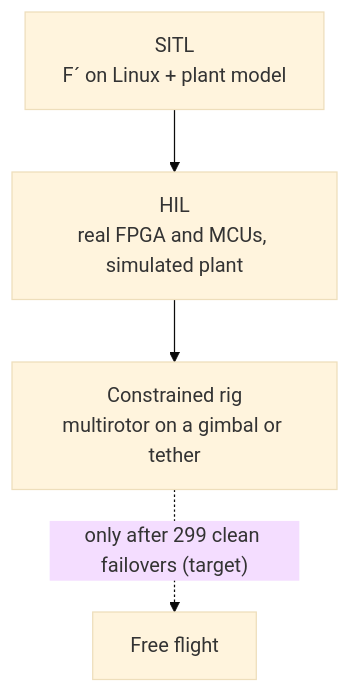
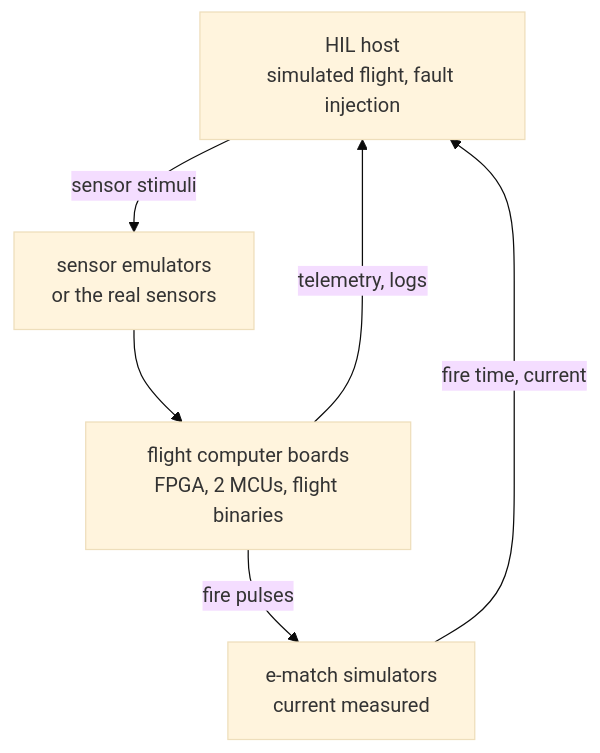
One commit to spaceadler/EAGLE changed the second of 2 diagrams in docs/adr/ADR-01-mission-profile.md. Above: the diagram before and after it, drawn with Mermaid (base theme). The commit also changed other lines of this file and 3 other files, not shown here.

````diff
--- a/docs/adr/ADR-01-mission-profile.md
+++ b/docs/adr/ADR-01-mission-profile.md
@@ -130,6 +185,8 @@
 ```mermaid
 flowchart TB
-    sitl["SITL<br/>F´ on Linux + plant model"] --> hil["HIL<br/>real FPGA and MCUs, simulated plant"]
-    hil --> rig["Constrained rig<br/>multirotor on a gimbal or tether"]
-    rig -.->|"only after 299 clean failovers (target)"| free["Free flight"]
+    host["HIL host<br/>simulated flight, fault injection"] -->|"sensor stimuli"| stim["sensor emulators<br/>or the real sensors"]
+    stim --> fc["flight computer boards<br/>FPGA, 2 MCUs, flight binaries"]
+    fc -->|"fire pulses"| loads["e-match simulators<br/>current measured"]
+    fc -->|"telemetry, logs"| host
+    loads -->|"fire time, current"| host
 ```
````
